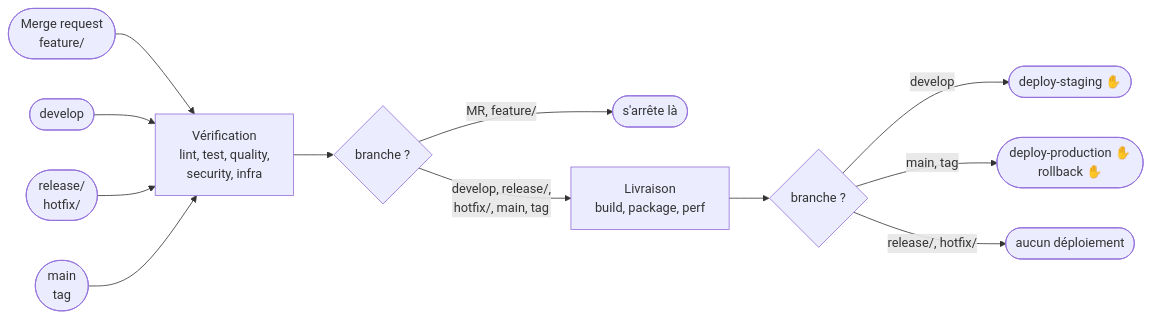
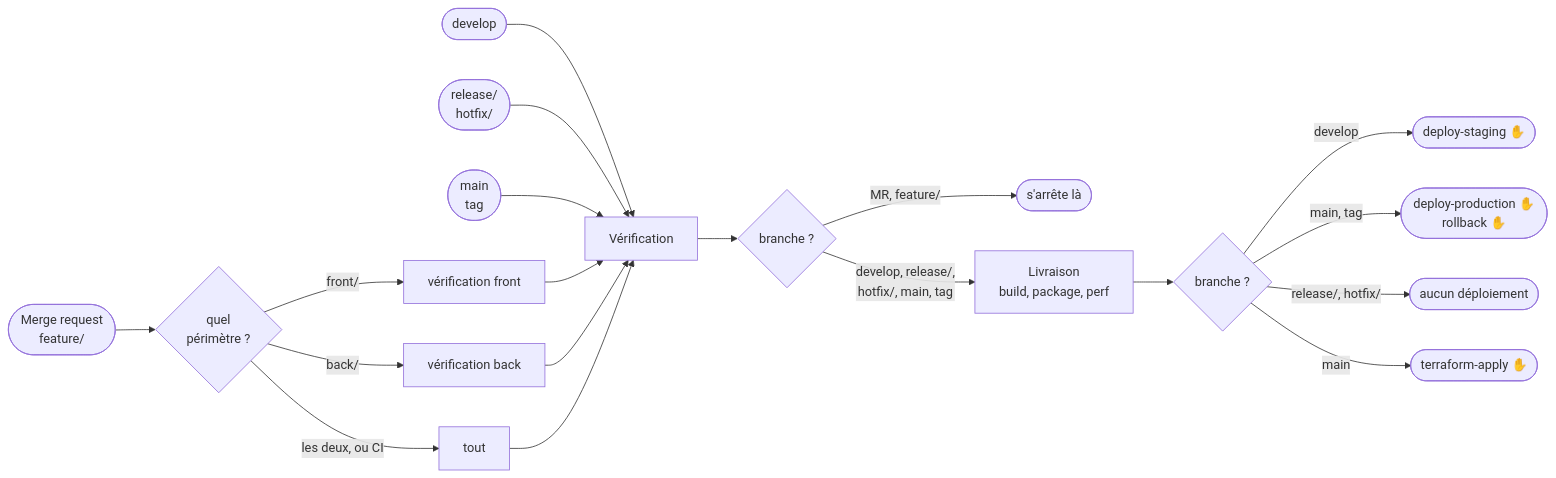
The third of 3 diagrams in docs/pipeline-ci.md (TedPasquiet/G-rez-le-cycle-de-vie-de-d-veloppement-logiciel), drawn with Mermaid before and after one commit. The commit also changed other lines of this file and 22 other files, not shown here.

Commit message:
refactor(ci): découpe le pipeline en 13 fichiers et le passe en graphe

````diff
--- a/docs/pipeline-ci.md
+++ b/docs/pipeline-ci.md
@@ -97,14 +116,21 @@
 ```mermaid
 flowchart LR
-    mr(["Merge request<br/>feature/"]) --> V
+    mr(["Merge request<br/>feature/"]) --> F{"quel<br/>périmètre ?"}
+    F -->|"front/"| vf["vérification front"]
+    F -->|"back/"| vb["vérification back"]
+    F -->|"les deux, ou CI"| vt["tout"]
     dev(["develop"]) --> V
     rel(["release/<br/>hotfix/"]) --> V
     main(["main<br/>tag"]) --> V
-    V["Vérification<br/>lint, test, quality,<br/>security, infra"] --> G{"branche ?"}
+    vf --> V["Vérification"]
+    vb --> V
+    vt --> V
+    V --> G{"branche ?"}
     G -->|"MR, feature/"| stop(["s'arrête là"])
     G -->|"develop, release/,<br/>hotfix/, main, tag"| L["Livraison<br/>build, package, perf"]
     L --> H{"branche ?"}
     H -->|"develop"| st(["deploy-staging ✋"])
     H -->|"main, tag"| pr(["deploy-production ✋<br/>rollback ✋"])
     H -->|"release/, hotfix/"| rien(["aucun déploiement"])
+    H -->|"main"| ia(["terraform-apply ✋"])
 ```
````
